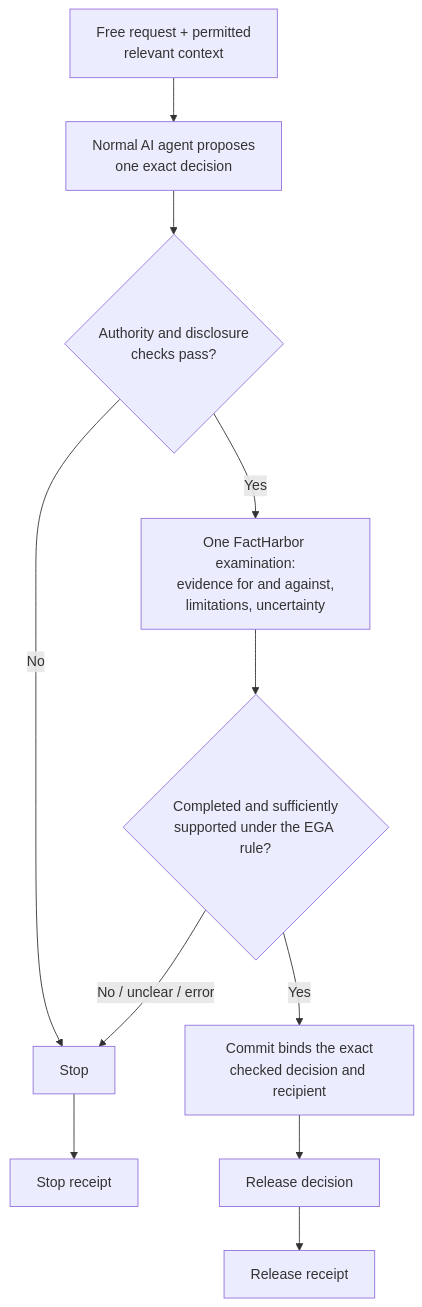
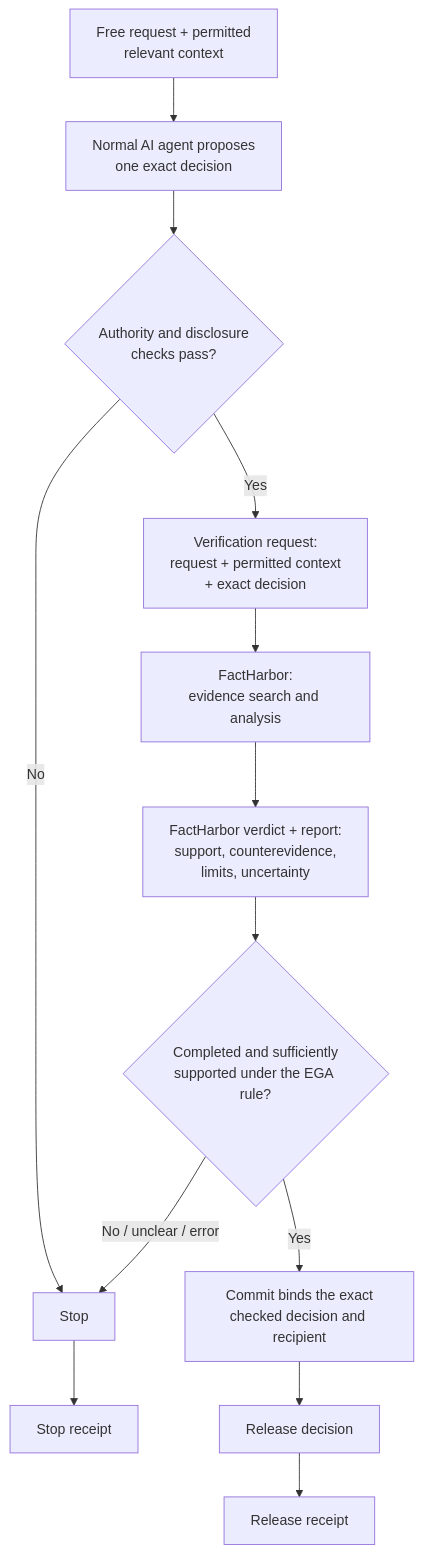
One commit to robertschaub/our-ai-charter changed the second of 2 diagrams in docs/Assurance/Concepts/evidence-gated-agents.md. Above: the diagram before and after it, drawn with Mermaid. The commit also changed other lines of this file, not shown here.

Commit message:
docs(ega): show evidence service stages in diagrams

````diff
--- a/docs/Assurance/Concepts/evidence-gated-agents.md
+++ b/docs/Assurance/Concepts/evidence-gated-agents.md
@@ -97,13 +100,15 @@
 ```mermaid
 flowchart TD
     U["Free request + permitted<br/>relevant context"] --> A["Normal AI agent proposes<br/>one exact decision"]
     A --> G{"Authority and disclosure<br/>checks pass?"}
     G -->|No| N["Stop"]
-    G -->|Yes| F["One FactHarbor examination:<br/>evidence for and against,<br/>limitations, uncertainty"]
-    F --> R{"Completed and sufficiently<br/>supported under the EGA rule?"}
+    G -->|Yes| Q["Verification request:<br/>request + permitted context<br/>+ exact decision"]
+    Q --> F["FactHarbor:<br/>evidence search and analysis"]
+    F --> FR["FactHarbor verdict + report:<br/>support, counterevidence,<br/>limits, uncertainty"]
+    FR --> R{"Completed and sufficiently<br/>supported under the EGA rule?"}
     R -->|No / unclear / error| N
     R -->|Yes| C["Commit binds the exact<br/>checked decision and recipient"]
     C --> O["Release decision"]
     O --> RR["Release receipt"]
     N --> NR["Stop receipt"]
 ```
````
